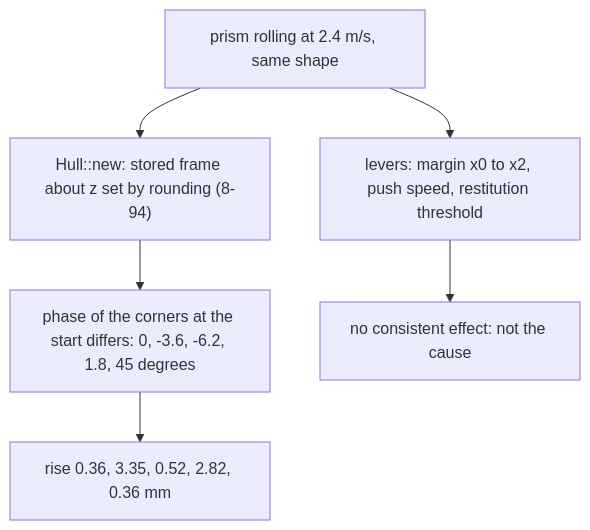
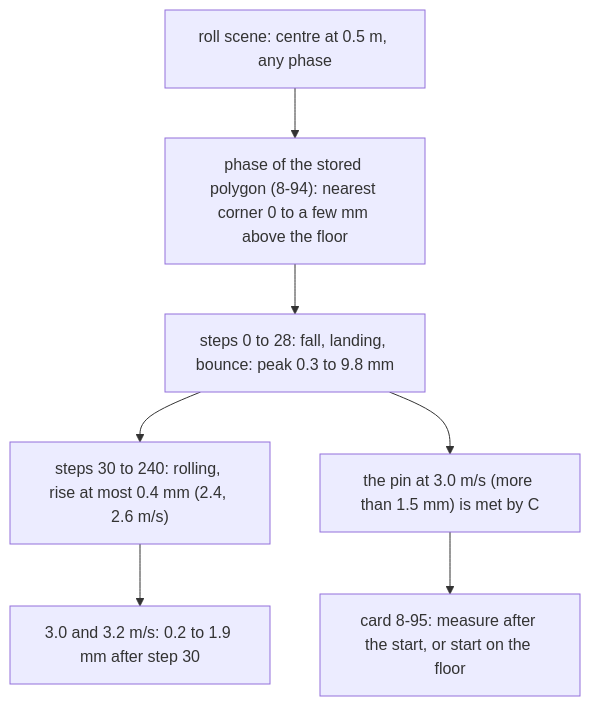
Before and after one commit to giamat90/DuckEngine: the diagram in reviews/8-87.md, drawn with Mermaid. The commit also changed other lines of this file, not shown here.

Commit message:
docs(reviews): the early hop of a rolling prism is the start of the scene (8-87)

````diff
--- a/reviews/8-87.md
+++ b/reviews/8-87.md
@@ -5,8 +5,9 @@
 ```mermaid
 flowchart TD
-  A["prism rolling at 2.4 m/s, same shape"] --> B["Hull::new: stored frame about z set by rounding (8-94)"]
-  B --> C["phase of the corners at the start differs: 0, -3.6, -6.2, 1.8, 45 degrees"]
-  C --> D["rise 0.36, 3.35, 0.52, 2.82, 0.36 mm"]
-  A --> E["levers: margin x0 to x2, push speed, restitution threshold"]
-  E --> F["no consistent effect: not the cause"]
+  A["roll scene: centre at 0.5 m, any phase"] --> B["phase of the stored polygon (8-94): nearest corner 0 to a few mm above the floor"]
+  B --> C["steps 0 to 28: fall, landing, bounce: peak 0.3 to 9.8 mm"]
+  C --> D["steps 30 to 240: rolling, rise at most 0.4 mm (2.4, 2.6 m/s)"]
+  D --> E["3.0 and 3.2 m/s: 0.2 to 1.9 mm after step 30"]
+  C --> F["the pin at 3.0 m/s (more than 1.5 mm) is met by C"]
+  F --> G["card 8-95: measure after the start, or start on the floor"]
 ```
````
